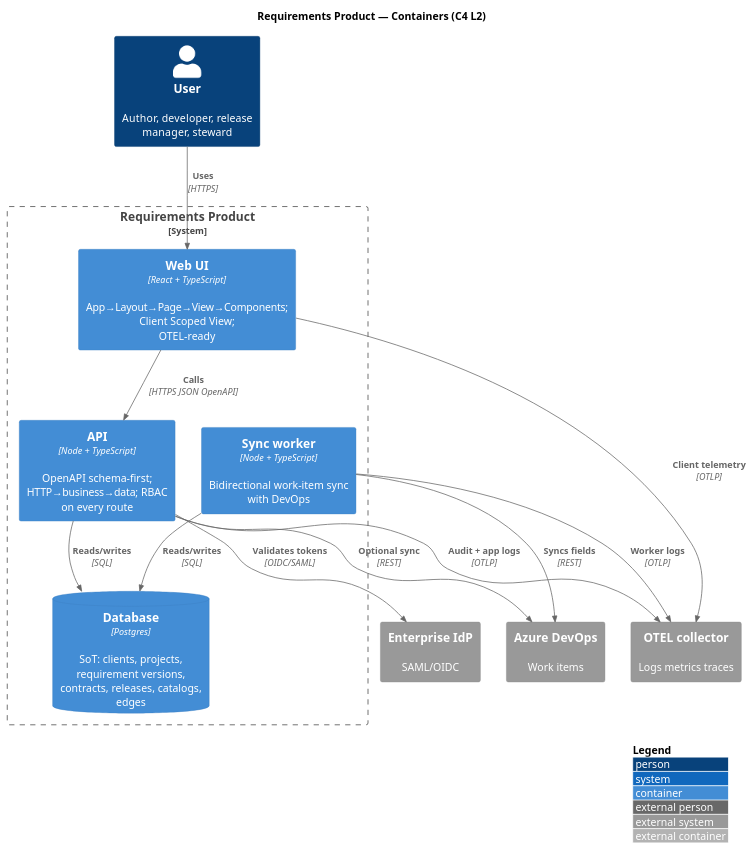
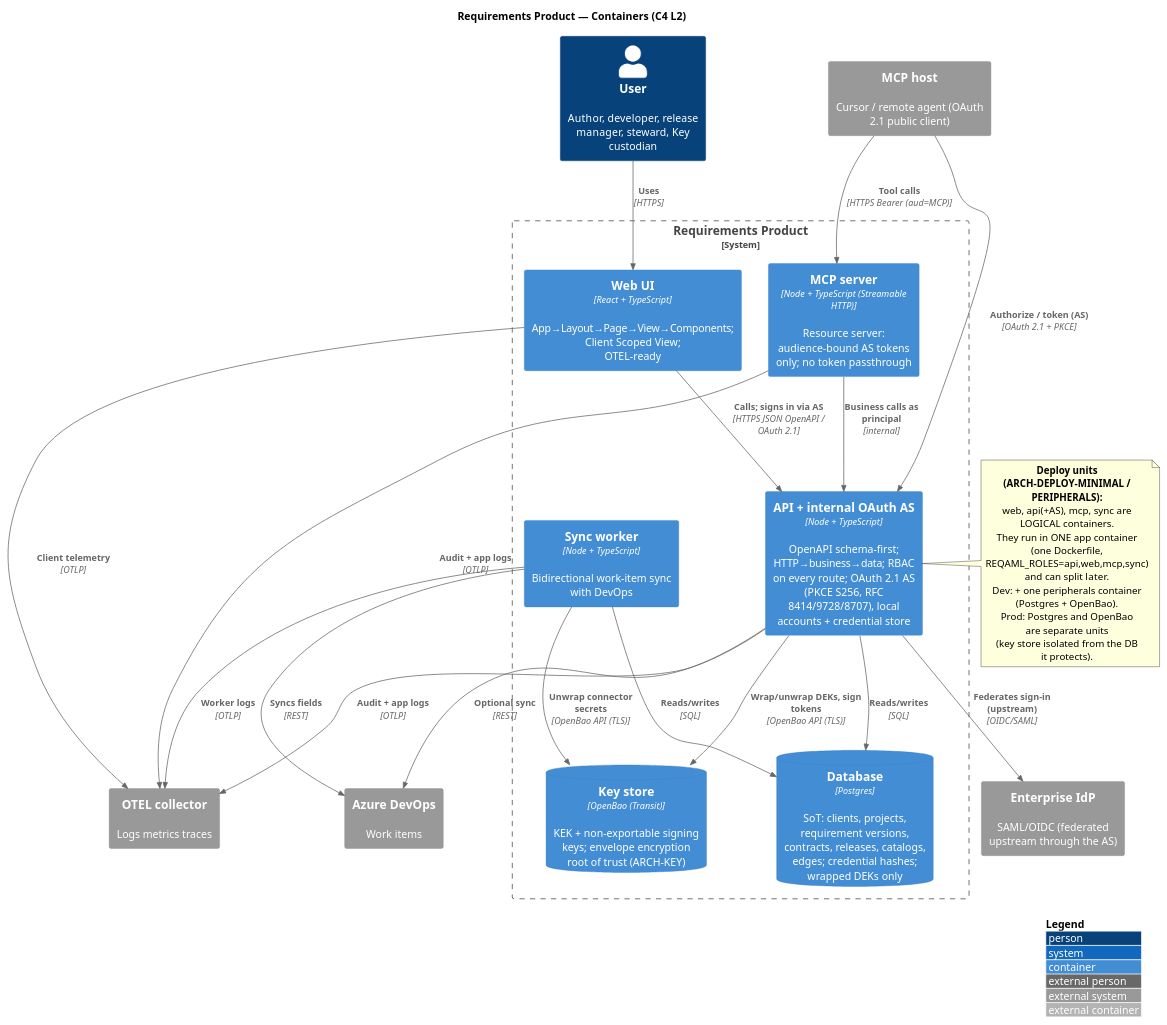
Before and after one commit to danrabydev/sdoc-intake: the diagram in docs/design/c4/L2-containers.puml, drawn with PlantUML. The commit also changed 33 other files, not shown here.

First line of the commit message:
docs(design): encode auth foundation slice — internal OAuth 2.1 AS, credential store, OpenBao key store, minimal containers

```diff
--- a/docs/design/c4/L2-containers.puml
+++ b/docs/design/c4/L2-containers.puml
@@ -1,32 +1,51 @@
 @startuml L2-containers
 !include https://raw.githubusercontent.com/plantuml-stdlib/C4-PlantUML/master/C4_Container.puml
 
 LAYOUT_WITH_LEGEND()
 
 title Requirements Product — Containers (C4 L2)
 
-Person(user, "User", "Author, developer, release manager, steward")
+Person(user, "User", "Author, developer, release manager, steward, Key custodian")
+System_Ext(mcphost, "MCP host", "Cursor / remote agent (OAuth 2.1 public client)")
 
 System_Boundary(reqprod, "Requirements Product") {
   Container(web, "Web UI", "React + TypeScript", "App→Layout→Page→View→Components; Client Scoped View; OTEL-ready")
-  Container(api, "API", "Node + TypeScript", "OpenAPI schema-first; HTTP→business→data; RBAC on every route")
+  Container(api, "API + internal OAuth AS", "Node + TypeScript", "OpenAPI schema-first; HTTP→business→data; RBAC on every route; OAuth 2.1 AS (PKCE S256, RFC 8414/9728/8707), local accounts + credential store")
+  Container(mcp, "MCP server", "Node + TypeScript (Streamable HTTP)", "Resource server: audience-bound AS tokens only; no token passthrough")
   Container(sync, "Sync worker", "Node + TypeScript", "Bidirectional work-item sync with DevOps")
-  ContainerDb(db, "Database", "Postgres", "SoT: clients, projects, requirement versions, contracts, releases, catalogs, edges")
+  ContainerDb(db, "Database", "Postgres", "SoT: clients, projects, requirement versions, contracts, releases, catalogs, edges; credential hashes; wrapped DEKs only")
+  ContainerDb(kms, "Key store", "OpenBao (Transit)", "KEK + non-exportable signing keys; envelope encryption root of trust (ARCH-KEY)")
 }
 
-System_Ext(idp, "Enterprise IdP", "SAML/OIDC")
+System_Ext(idp, "Enterprise IdP", "SAML/OIDC (federated upstream through the AS)")
 System_Ext(ado, "Azure DevOps", "Work items")
 System_Ext(otel, "OTEL collector", "Logs metrics traces")
 
+note right of api
+  **Deploy units (ARCH-DEPLOY-MINIMAL / PERIPHERALS):**
+  web, api(+AS), mcp, sync are LOGICAL containers.
+  They run in ONE app container (one Dockerfile,
+  REQAML_ROLES=api,web,mcp,sync) and can split later.
+  Dev: + one peripherals container (Postgres + OpenBao).
+  Prod: Postgres and OpenBao are separate units
+  (key store isolated from the DB it protects).
+end note
+
 Rel(user, web, "Uses", "HTTPS")
-Rel(web, api, "Calls", "HTTPS JSON OpenAPI")
+Rel(web, api, "Calls; signs in via AS", "HTTPS JSON OpenAPI / OAuth 2.1")
+Rel(mcphost, mcp, "Tool calls", "HTTPS Bearer (aud=MCP)")
+Rel(mcphost, api, "Authorize / token (AS)", "OAuth 2.1 + PKCE")
+Rel(mcp, api, "Business calls as principal", "internal")
 Rel(api, db, "Reads/writes", "SQL")
 Rel(sync, db, "Reads/writes", "SQL")
-Rel(api, idp, "Validates tokens", "OIDC/SAML")
+Rel(api, kms, "Wrap/unwrap DEKs, sign tokens", "OpenBao API (TLS)")
+Rel(sync, kms, "Unwrap connector secrets", "OpenBao API (TLS)")
+Rel(api, idp, "Federates sign-in (upstream)", "OIDC/SAML")
 Rel(api, ado, "Optional sync", "REST")
 Rel(sync, ado, "Syncs fields", "REST")
 Rel(web, otel, "Client telemetry", "OTLP")
 Rel(api, otel, "Audit + app logs", "OTLP")
+Rel(mcp, otel, "Audit + app logs", "OTLP")
 Rel(sync, otel, "Worker logs", "OTLP")
 
 @enduml
```
